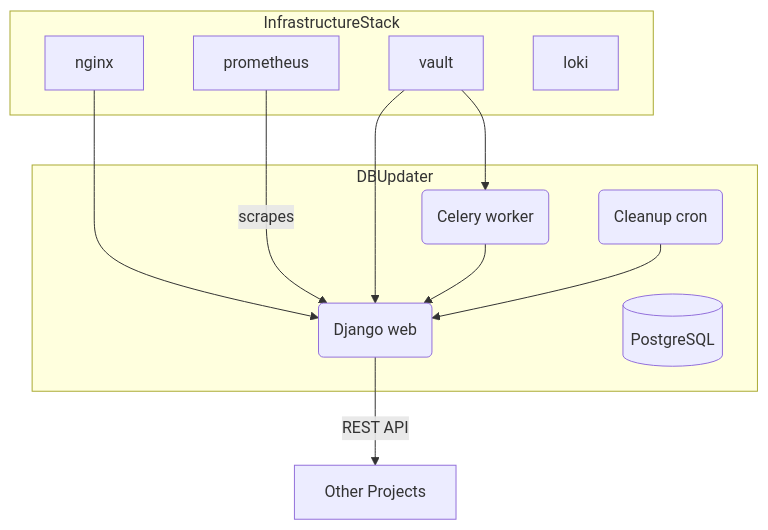
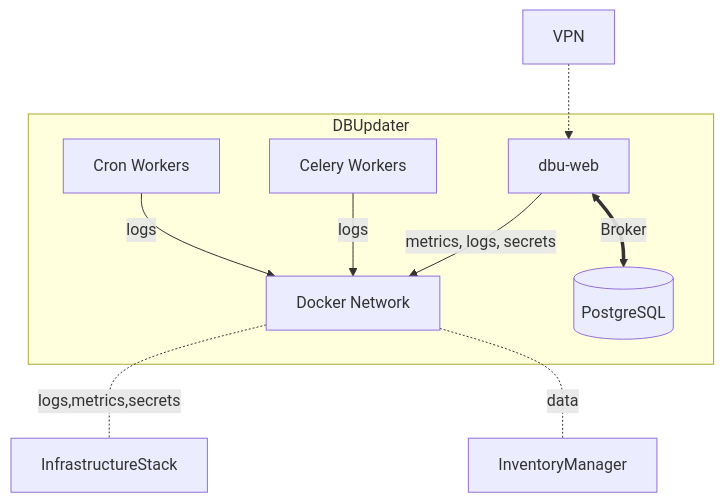
One commit to MKRO-JWL/pjs-ecosystem-docs changed the third of 4 diagrams in SOFTWARE_ECOSYSTEM.md. Above: the diagram before and after it, drawn with Mermaid. The commit also changed other lines of this file, not shown here.

Commit message:
Sync from MKRO-JWL/InventoryManager

````diff
--- a/SOFTWARE_ECOSYSTEM.md
+++ b/SOFTWARE_ECOSYSTEM.md
@@ -191,22 +194,16 @@
 ```mermaid
 graph TD
-    subgraph InfrastructureStack
-        nginx
-        prometheus
-        vault
-        loki
-    end
     subgraph DBUpdater
-        web(Django web)
-        worker(Celery worker)
-        cron(Cleanup cron)
+        net[Docker Network]
+        dbu-web --> |metrics, logs, secrets| net
+        celery[Celery Workers] --> |logs| net
+        cron[Cron Workers] --> |logs| net
+        dbu-web <==> |Broker| db
         db[(PostgreSQL)]
     end
-    nginx --> web
-    prometheus -->|scrapes| web
-    vault --> web
-    vault --> worker
-    worker --> web
-    cron --> web
-    web -->|REST API| other[Other Projects]
+    im[InventoryManager]
+    is[InfrastructureStack]
+    net -.- |logs,metrics,secrets| is
+    net -.- |data| im
+    VPN -.-> dbu-web
 ```
````
